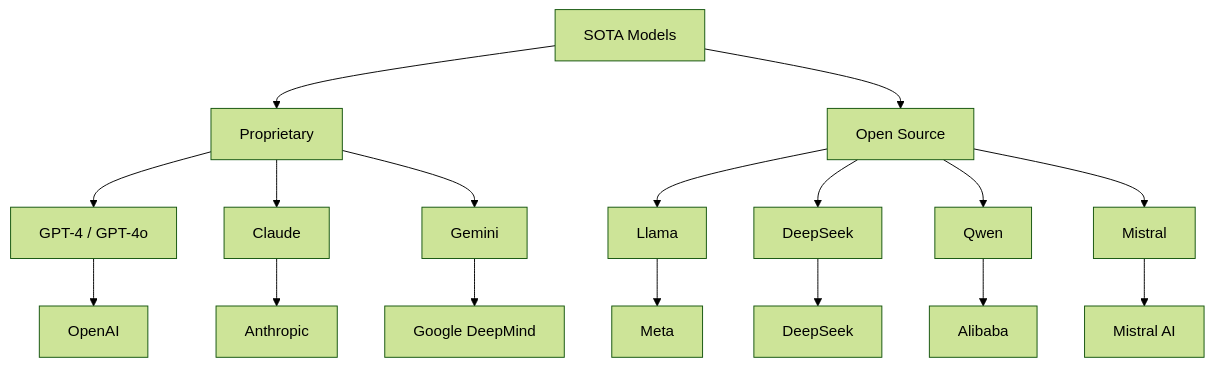
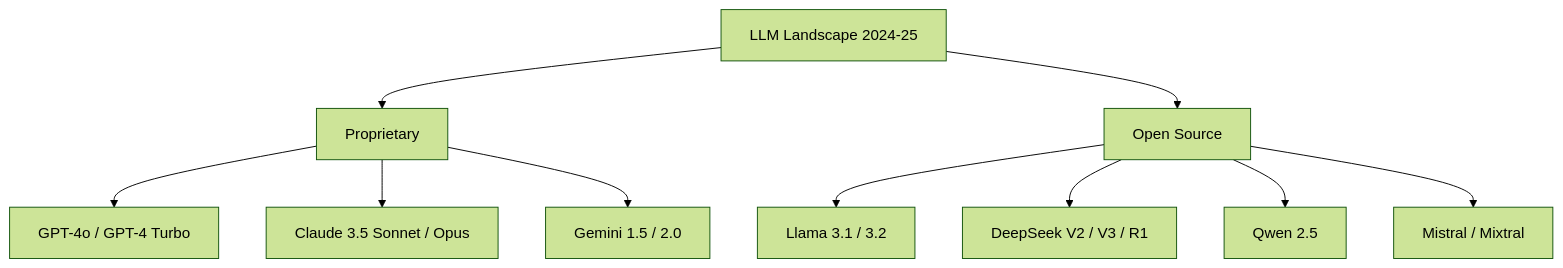
The diagram in src/llm/sota/README.md (vanos001/placement_prep), drawn with Mermaid (forest theme) before and after one commit. The commit also changed other lines of this file and 5 other files, not shown here.

Commit message:
Final content: RL (8), advanced ML (8), OS virtual memory (5), Gemini SOTA

````diff
--- a/src/llm/sota/README.md
+++ b/src/llm/sota/README.md
@@ -7,23 +9,12 @@
 ```mermaid
 graph TD
-    A[SOTA Models] --> B[Proprietary]
+    A[LLM Landscape 2024-25] --> B[Proprietary]
     A --> C[Open Source]
-    
-    B --> B1[GPT-4 / GPT-4o]
-    B --> B2[Claude]
-    B --> B3[Gemini]
-    
-    C --> C1[Llama]
-    C --> C2[DeepSeek]
-    C --> C3[Qwen]
-    C --> C4[Mistral]
-    
-    B1 --> D[OpenAI]
-    B2 --> E[Anthropic]
-    B3 --> F[Google DeepMind]
-    
-    C1 --> G[Meta]
-    C2 --> H[DeepSeek]
-    C3 --> I[Alibaba]
-    C4 --> J[Mistral AI]
+    B --> B1[GPT-4o / GPT-4 Turbo]
+    B --> B2[Claude 3.5 Sonnet / Opus]
+    B --> B3[Gemini 1.5 / 2.0]
+    C --> C1[Llama 3.1 / 3.2]
+    C --> C2[DeepSeek V2 / V3 / R1]
+    C --> C3[Qwen 2.5]
+    C --> C4[Mistral / Mixtral]
 ```
````
